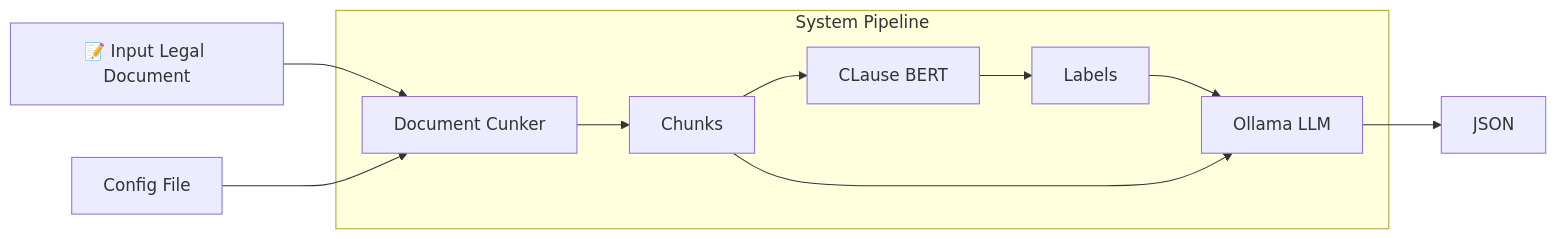
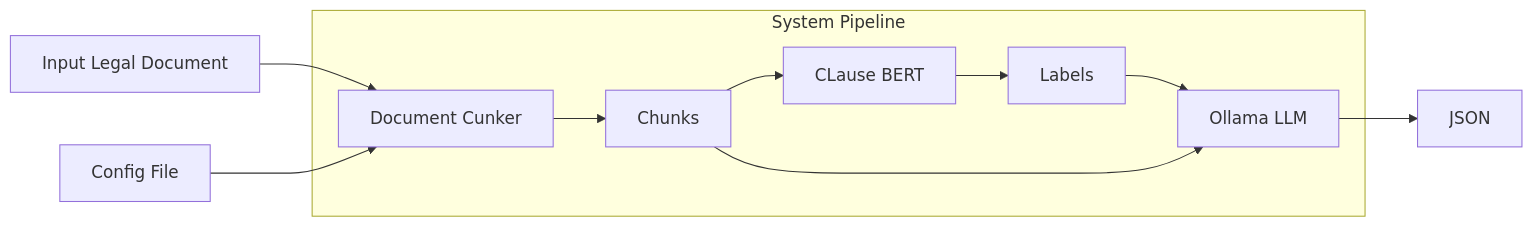
One commit to weiss25r/ClauseLens changed the diagram in README.md. Above: the diagram before and after it, drawn with Mermaid.

````diff
--- a/README.md
+++ b/README.md
@@ -60,16 +60,16 @@
 ```mermaid 
 flowchart LR
-    input[📝 Input Legal Document] --> chunker
+    input[Input Legal Document] --> chunker
     config[Config File] --> chunker
 
     subgraph System Pipeline
     chunker[Document Cunker] --> chunks
 
         chunks[Chunks]--> classifier
         classifier[CLause BERT] --> labels
         labels[Labels] --> ollama
     end
 
     chunks --> ollama[Ollama LLM]
     ollama --> JSON 
 ```
````
